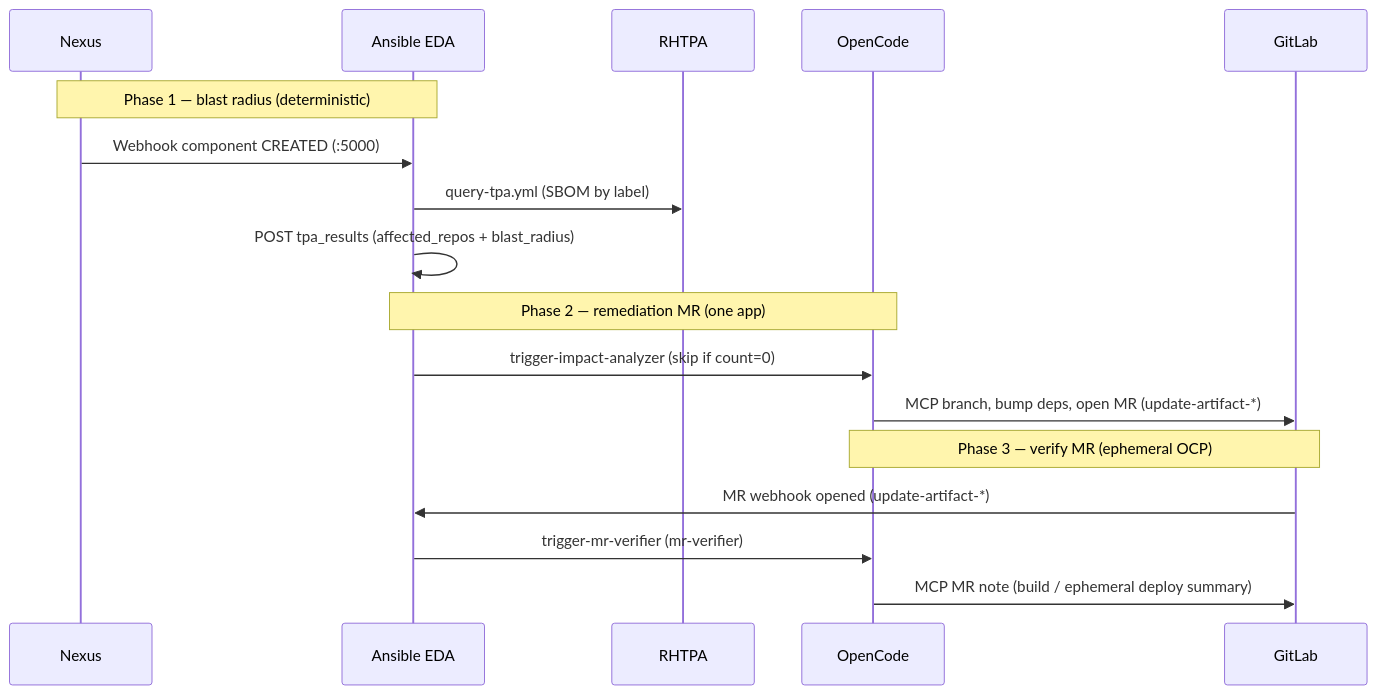
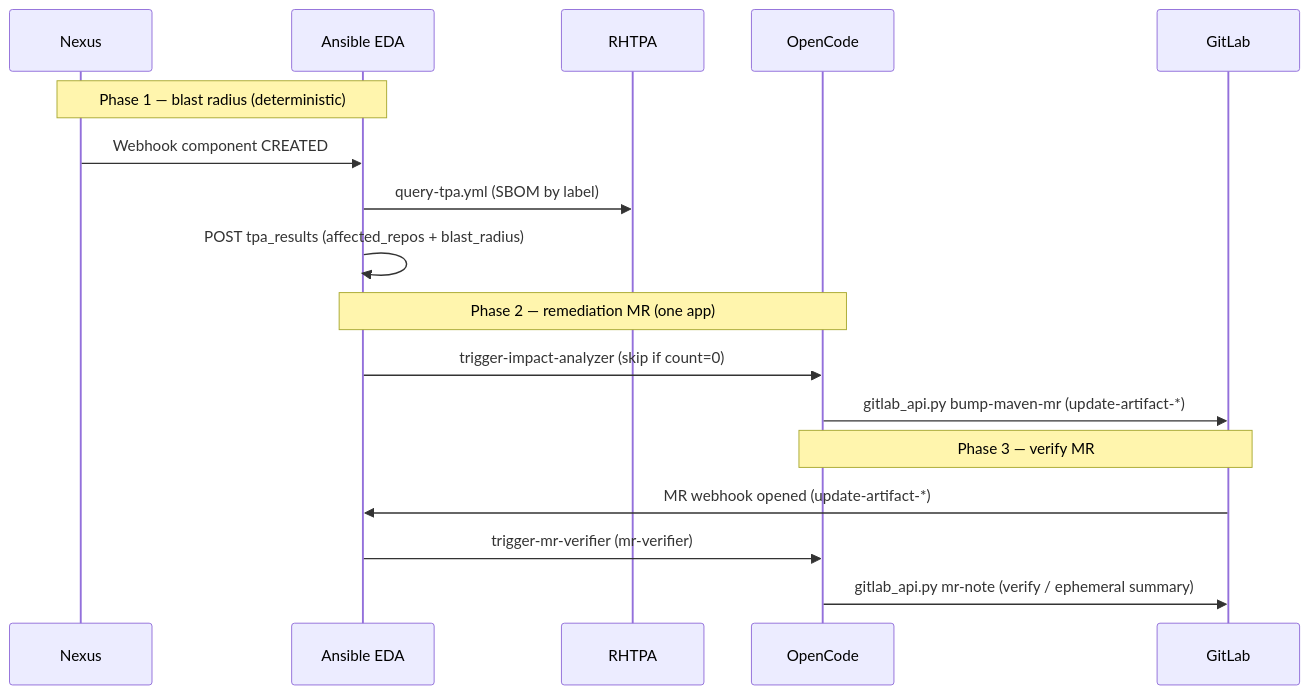
One commit to sshaaf/lw-sdlc-opencode changed the diagram in README.md. Above: the diagram before and after it, drawn with Mermaid. The commit also changed other lines of this file and 1 other file, not shown here.

````diff
--- a/README.md
+++ b/README.md
@@ -15,21 +15,22 @@
 ```mermaid
 sequenceDiagram
   participant Nexus
   participant EDA as Ansible EDA
   participant TPA as RHTPA
   participant OC as OpenCode
   participant GL as GitLab
 
   Note over Nexus,EDA: Phase 1 — blast radius (deterministic)
-  Nexus->>EDA: Webhook component CREATED (:5000)
+  Nexus->>EDA: Webhook component CREATED
   EDA->>TPA: query-tpa.yml (SBOM by label)
   EDA->>EDA: POST tpa_results (affected_repos + blast_radius)
+
   Note over EDA,OC: Phase 2 — remediation MR (one app)
   EDA->>OC: trigger-impact-analyzer (skip if count=0)
-  OC->>GL: MCP branch, bump deps, open MR (update-artifact-*)
+  OC->>GL: gitlab_api.py bump-maven-mr (update-artifact-*)
 
-  Note over GL,OC: Phase 3 — verify MR (ephemeral OCP)
+  Note over GL,OC: Phase 3 — verify MR
   GL->>EDA: MR webhook opened (update-artifact-*)
   EDA->>OC: trigger-mr-verifier (mr-verifier)
-  OC->>GL: MCP MR note (build / ephemeral deploy summary)
+  OC->>GL: gitlab_api.py mr-note (verify / ephemeral summary)
 ```
````
